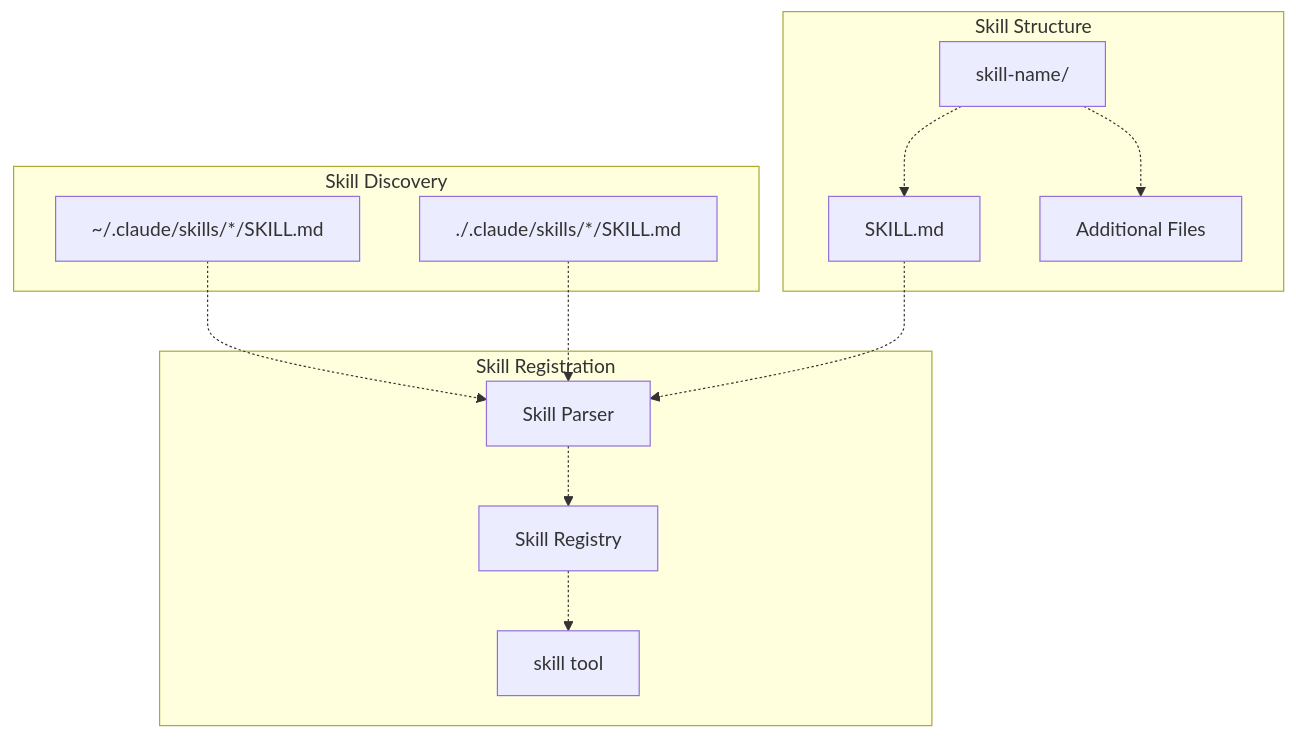
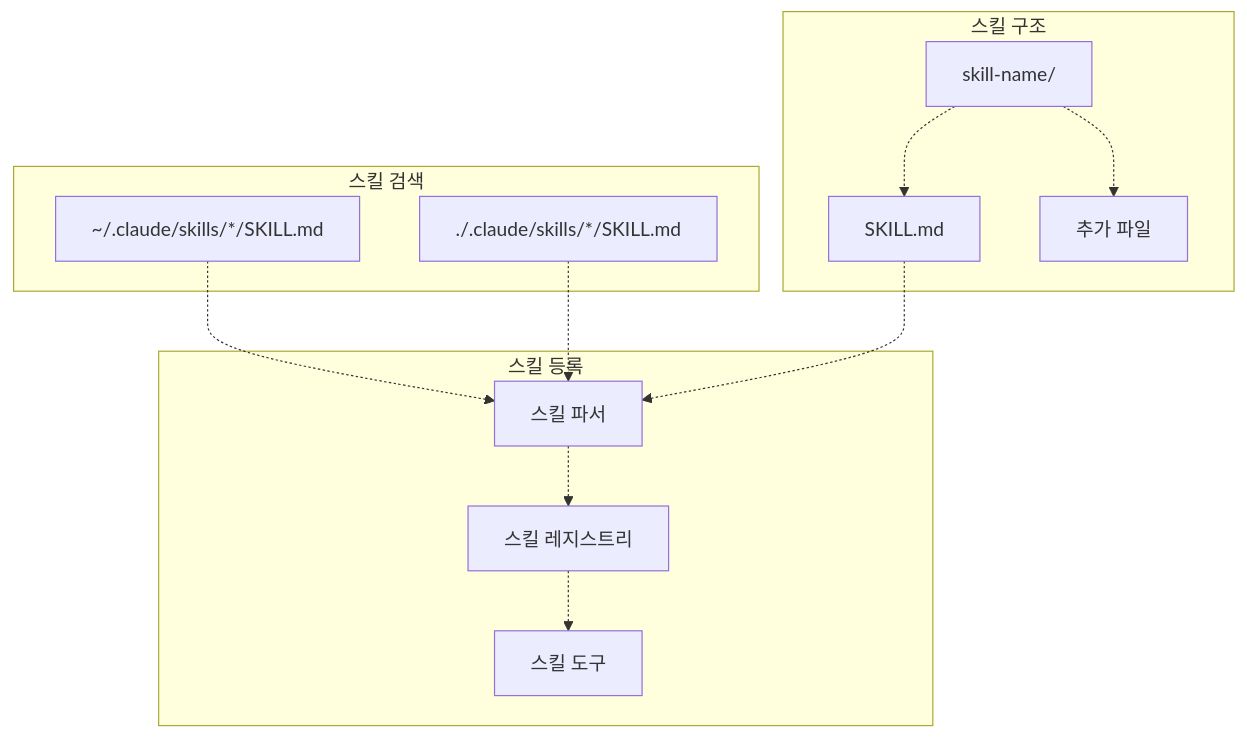
One commit to felipetruman/oh-my-opencode-docs changed the fourth of 11 diagrams in docs/compatibility/claude-code-compatibility.md. Above: the diagram before and after it, drawn with Mermaid. The commit also changed other lines of this file and 76 other files, not shown here.

````diff
--- a/docs/compatibility/claude-code-compatibility.md
+++ b/docs/compatibility/claude-code-compatibility.md
@@ -263,37 +263,37 @@
 ```mermaid
 flowchart TD
 
 UserSkills["~/.claude/skills/*/SKILL.md"]
 ProjectSkills["./.claude/skills/*/SKILL.md"]
 SkillDir["skill-name/"]
 SkillMD["SKILL.md"]
-SkillAssets["Additional Files"]
-SkillParser["Skill Parser"]
-SkillRegistry["Skill Registry"]
-SkillTool["skill tool"]
+SkillAssets["추가 파일"]
+SkillParser["스킬 파서"]
+SkillRegistry["스킬 레지스트리"]
+SkillTool["스킬 도구"]
 
 UserSkills -.-> SkillParser
 ProjectSkills -.-> SkillParser
 SkillMD -.-> SkillParser
 
-subgraph subGraph2 ["Skill Registration"]
+subgraph subGraph2 ["스킬 등록"]
     SkillParser
     SkillRegistry
     SkillTool
     SkillParser -.-> SkillRegistry
     SkillRegistry -.-> SkillTool
 end
 
-subgraph subGraph1 ["Skill Structure"]
+subgraph subGraph1 ["스킬 구조"]
     SkillDir
     SkillMD
     SkillAssets
     SkillDir -.-> SkillMD
     SkillDir -.-> SkillAssets
 end
 
-subgraph subGraph0 ["Skill Discovery"]
+subgraph subGraph0 ["스킬 검색"]
     UserSkills
     ProjectSkills
 end
 ```
````
